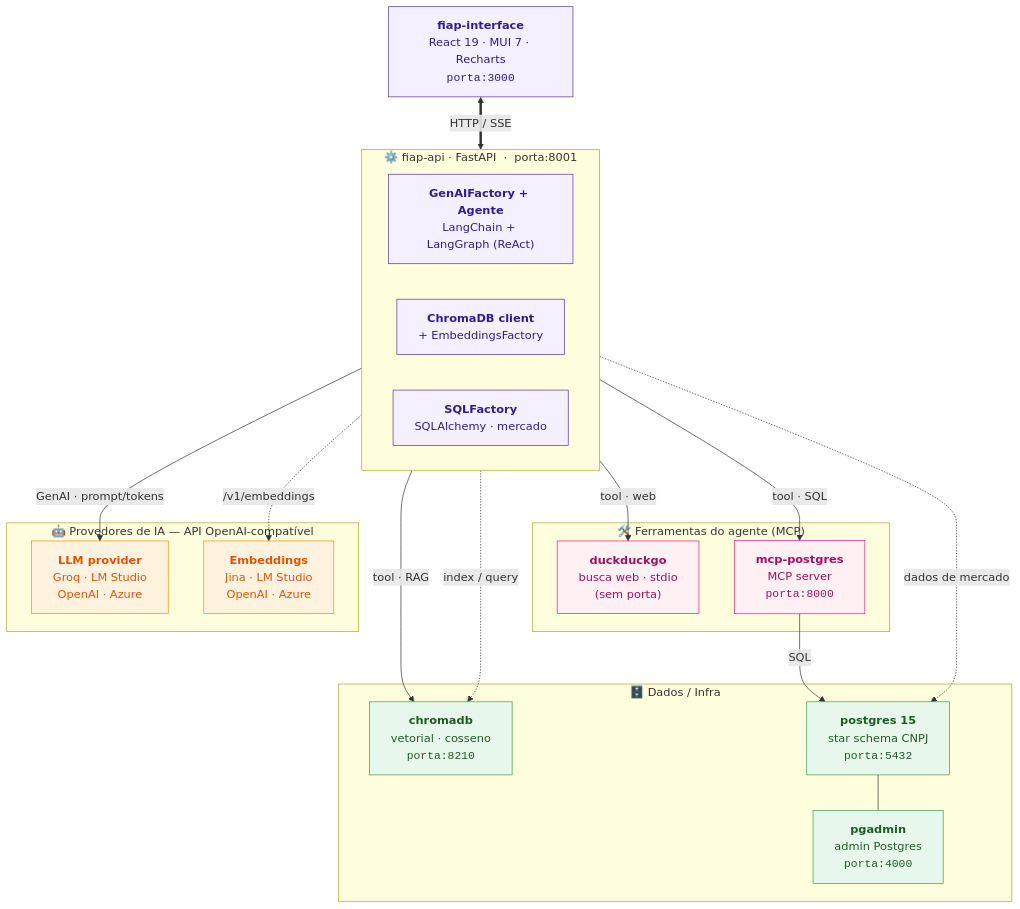
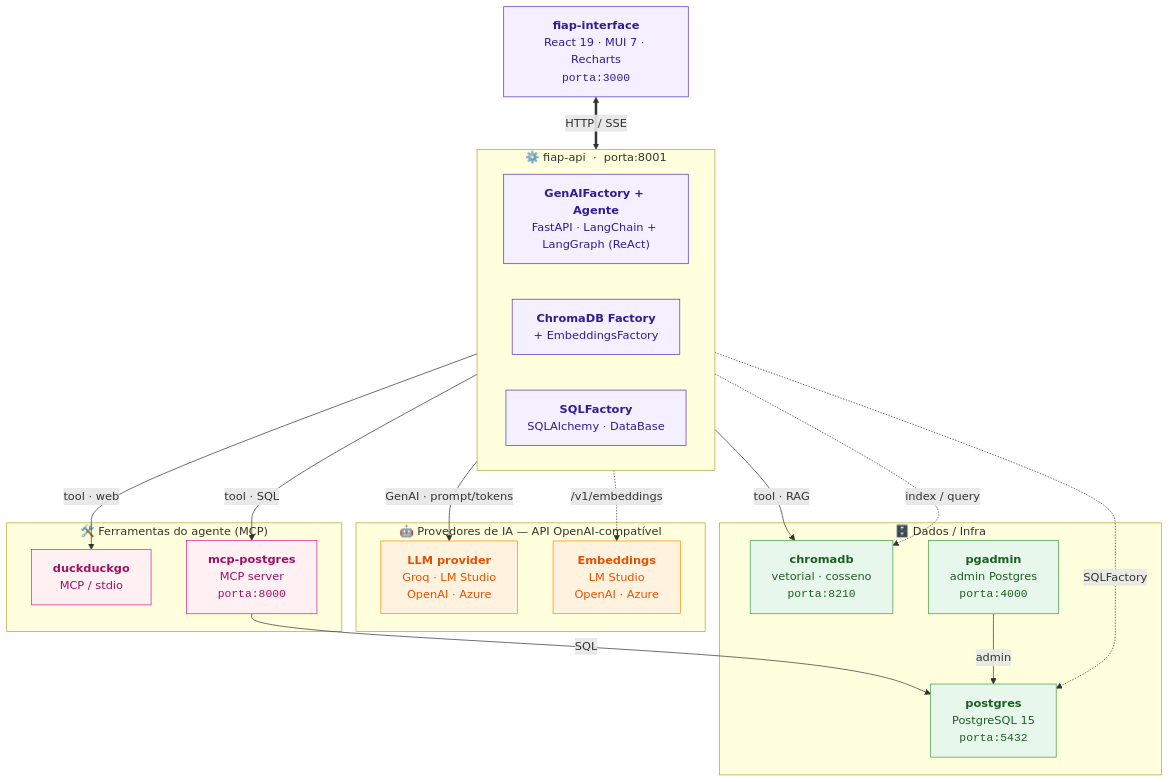
Before and after one commit to rodrigo-mendonca/FIAPTCC: the diagram in README.md, drawn with Mermaid. The commit also changed other lines of this file and 1 other file, not shown here.

Commit message:
Atualização do desenho da arquitetura

````diff
--- a/README.md
+++ b/README.md
@@ -68,49 +68,49 @@
 ```mermaid
 flowchart TB
     UI["<b>fiap-interface</b><br/>React 19 · MUI 7 · Recharts<br/><code>porta:3000</code>"]
 
-    subgraph api["⚙️ fiap-api · FastAPI &nbsp;·&nbsp; porta:8001"]
+    subgraph api["⚙️ fiap-api &nbsp;·&nbsp; porta:8001"]
         direction LR
-        AGENT["<b>GenAIFactory + Agente</b><br/>LangChain + LangGraph (ReAct)"]
-        CHCLI["<b>ChromaDB client</b><br/>+ EmbeddingsFactory"]
-        SQLF["<b>SQLFactory</b><br/>SQLAlchemy · mercado"]
+        AGENT["<b>GenAIFactory + Agente</b><br/>FastAPI · LangChain + LangGraph (ReAct)"]
+        CHCLI["<b>ChromaDB Factory</b><br/>+ EmbeddingsFactory"]
+        SQLF["<b>SQLFactory</b><br/>SQLAlchemy · DataBase"]
     end
 
     subgraph tools["🛠️ Ferramentas do agente (MCP)"]
-        DDG["<b>duckduckgo</b><br/>busca web · stdio<br/>(sem porta)"]
+        DDG["<b>duckduckgo</b><br/>MCP / stdio"]
         MCP["<b>mcp-postgres</b><br/>MCP server<br/><code>porta:8000</code>"]
     end
 
     subgraph ia["🤖 Provedores de IA — API OpenAI-compatível"]
         LLM["<b>LLM provider</b><br/>Groq · LM Studio<br/>OpenAI · Azure"]
-        EMB["<b>Embeddings</b><br/>Jina · LM Studio<br/>OpenAI · Azure"]
+        EMB["<b>Embeddings</b><br/>LM Studio<br/>OpenAI · Azure"]
     end
 
     subgraph dados["🗄️ Dados / Infra"]
         CH["<b>chromadb</b><br/>vetorial · cosseno<br/><code>porta:8210</code>"]
-        PG["<b>postgres 15</b><br/>star schema CNPJ<br/><code>porta:5432</code>"]
+        PG["<b>postgres</b><br/>PostgreSQL 15<br/><code>porta:5432</code>"]
         PGA["<b>pgadmin</b><br/>admin Postgres<br/><code>porta:4000</code>"]
     end
 
     UI <==>|"HTTP / SSE"| api
 
     AGENT -->|"GenAI · prompt/tokens"| LLM
     AGENT -->|"tool · web"| DDG
     AGENT -->|"tool · SQL"| MCP
     AGENT -->|"tool · RAG"| CH
     CHCLI -.->|"index / query"| CH
     CHCLI -.->|"/v1/embeddings"| EMB
-    SQLF -.->|"dados de mercado"| PG
+    SQLF -.->|"SQLFactory"| PG
     MCP -->|"SQL"| PG
-    PG --- PGA
+    PGA -->|"admin"| PG
 
     classDef bk fill:#f4f0ff,stroke:#5e35b1,color:#311b92;
     classDef tl fill:#fff0f4,stroke:#e91e8c,color:#a01060;
     classDef aip fill:#fff3e0,stroke:#fb8c00,color:#e65100;
     classDef dt fill:#e8f7ec,stroke:#43a047,color:#1b5e20;
     class UI bk;
     class AGENT,CHCLI,SQLF bk;
     class MCP,DDG tl;
     class LLM,EMB aip;
     class CH,PG,PGA dt;
 ```
````
